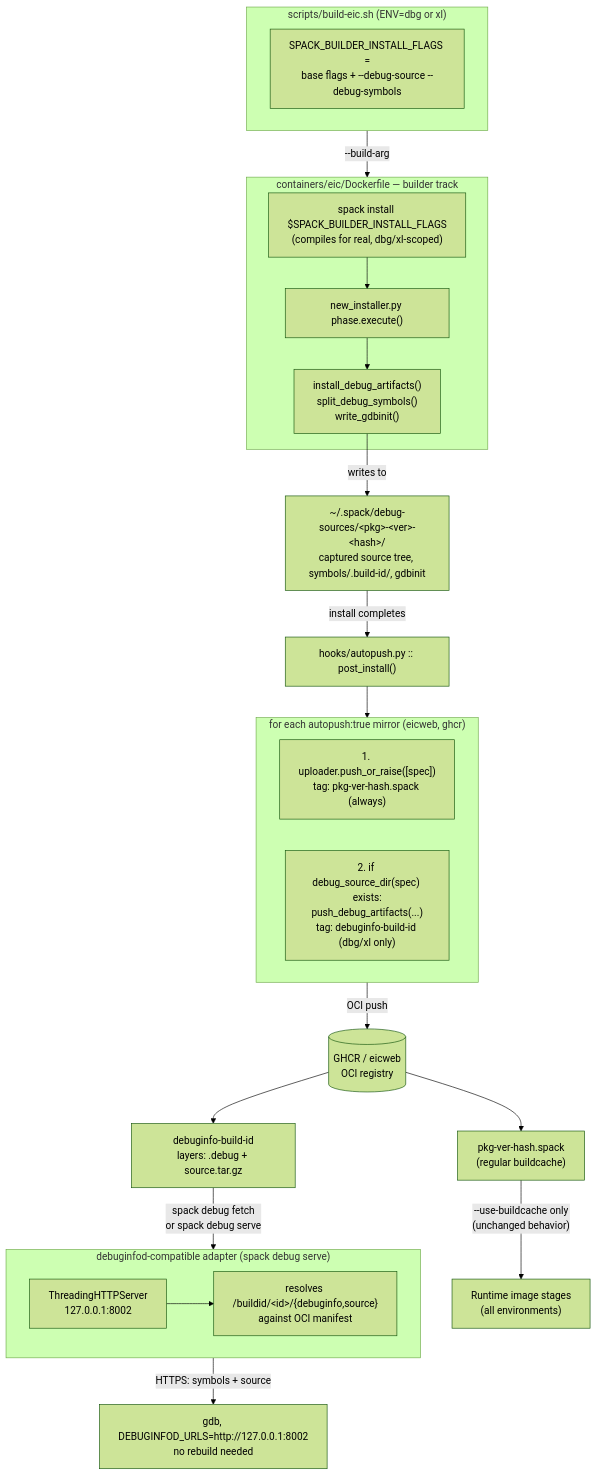
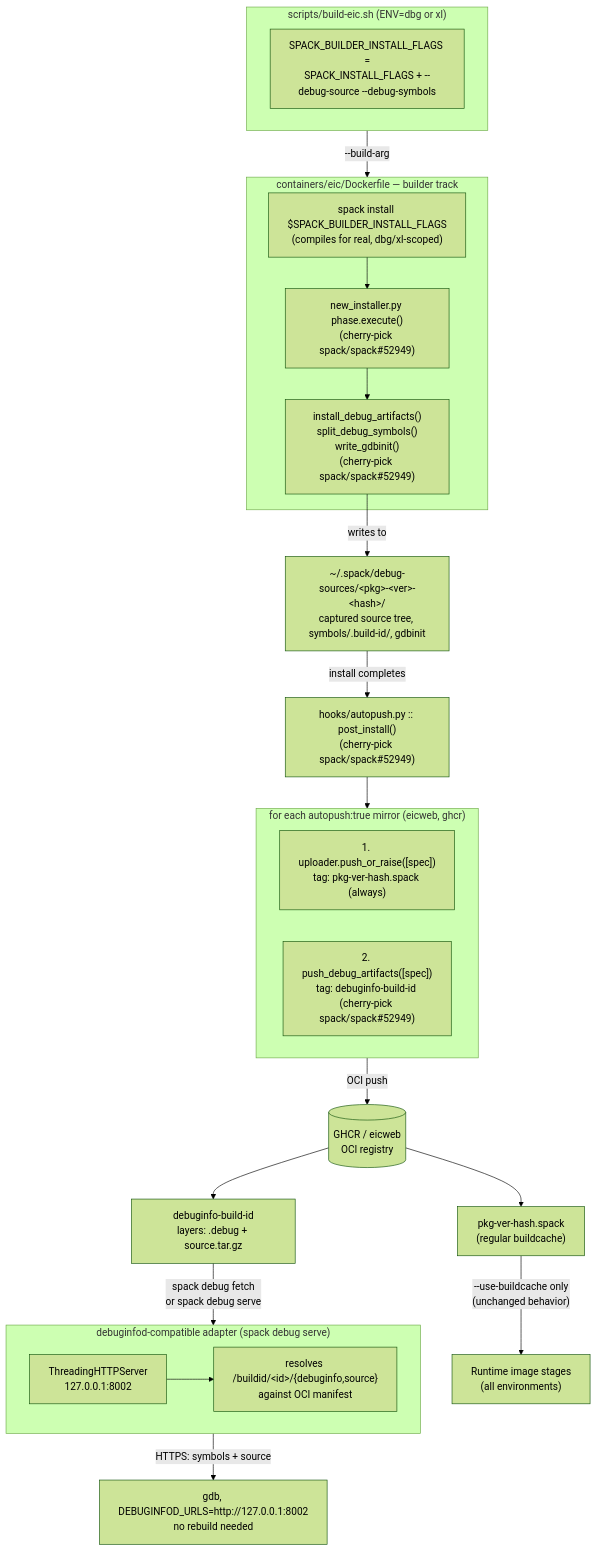
Before and after one commit to SebastianPaucar/Spack-Debuggable-Installations: the second of 2 diagrams in eic_integration/README.md, drawn with Mermaid (forest theme).

````diff
--- a/eic_integration/README.md
+++ b/eic_integration/README.md
@@ -92,42 +92,42 @@
 ```mermaid
 flowchart TB
     subgraph Build["scripts/build-eic.sh (ENV=dbg or xl)"]
-        F1["SPACK_BUILDER_INSTALL_FLAGS =<br/>base flags + --debug-source --debug-symbols"]
+        F1["SPACK_BUILDER_INSTALL_FLAGS =<br/>SPACK_INSTALL_FLAGS + --debug-source --debug-symbols"]
     end
 
     Build -->|--build-arg| Docker
 
     subgraph Docker["containers/eic/Dockerfile — builder track"]
         D1["spack install $SPACK_BUILDER_INSTALL_FLAGS<br/>(compiles for real, dbg/xl-scoped)"]
-        D2["new_installer.py phase.execute()"]
-        D3["install_debug_artifacts()<br/>split_debug_symbols()<br/>write_gdbinit()"]
+        D2["new_installer.py phase.execute()<br/>(cherry-pick spack/spack#52949)"]
+        D3["install_debug_artifacts()<br/>split_debug_symbols()<br/>write_gdbinit()<br/>(cherry-pick spack/spack#52949)"]
         D1 --> D2 --> D3
     end
 
     D3 -->|writes to| Cache["~/.spack/debug-sources/&lt;pkg&gt;-&lt;ver&gt;-&lt;hash&gt;/<br/>captured source tree, symbols/.build-id/, gdbinit"]
 
-    Cache -->|install completes| Hook["hooks/autopush.py :: post_install()"]
+    Cache -->|install completes| Hook["hooks/autopush.py :: post_install()<br/>(cherry-pick spack/spack#52949)"]
 
     subgraph Hook_detail["for each autopush:true mirror (eicweb, ghcr)"]
         H1["1. uploader.push_or_raise([spec])<br/>tag: pkg-ver-hash.spack (always)"]
-        H2["2. if debug_source_dir(spec) exists:<br/>push_debug_artifacts(...)<br/>tag: debuginfo-build-id (dbg/xl only)"]
+        H2["2. push_debug_artifacts([spec])<br/>tag: debuginfo-build-id (cherry-pick spack/spack#52949)"]
     end
 
     Hook --> Hook_detail
     Hook_detail -->|OCI push| Registry[("GHCR / eicweb<br/>OCI registry")]
 
     Registry --> R1["pkg-ver-hash.spack<br/>(regular buildcache)"]
     Registry --> R2["debuginfo-build-id<br/>layers: .debug + source.tar.gz"]
 
     R1 -->|"--use-buildcache only<br/>(unchanged behavior)"| Runtime["Runtime image stages<br/>(all environments)"]
 
     R2 -->|"spack debug fetch<br/>or spack debug serve"| Adapter
 
     subgraph Adapter["debuginfod-compatible adapter (spack debug serve)"]
         A1["ThreadingHTTPServer<br/>127.0.0.1:8002"]
         A2["resolves /buildid/&lt;id&gt;/{debuginfo,source}<br/>against OCI manifest"]
         A1 --> A2
     end
 
     Adapter -->|"HTTPS: symbols + source"| GDB["gdb, DEBUGINFOD_URLS=http://127.0.0.1:8002<br/>no rebuild needed"]
 ```
````
